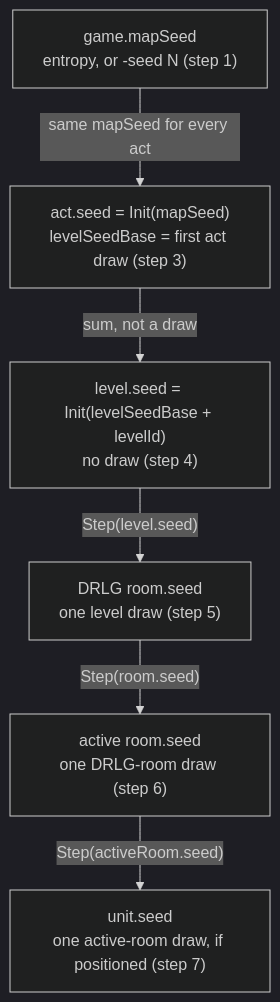
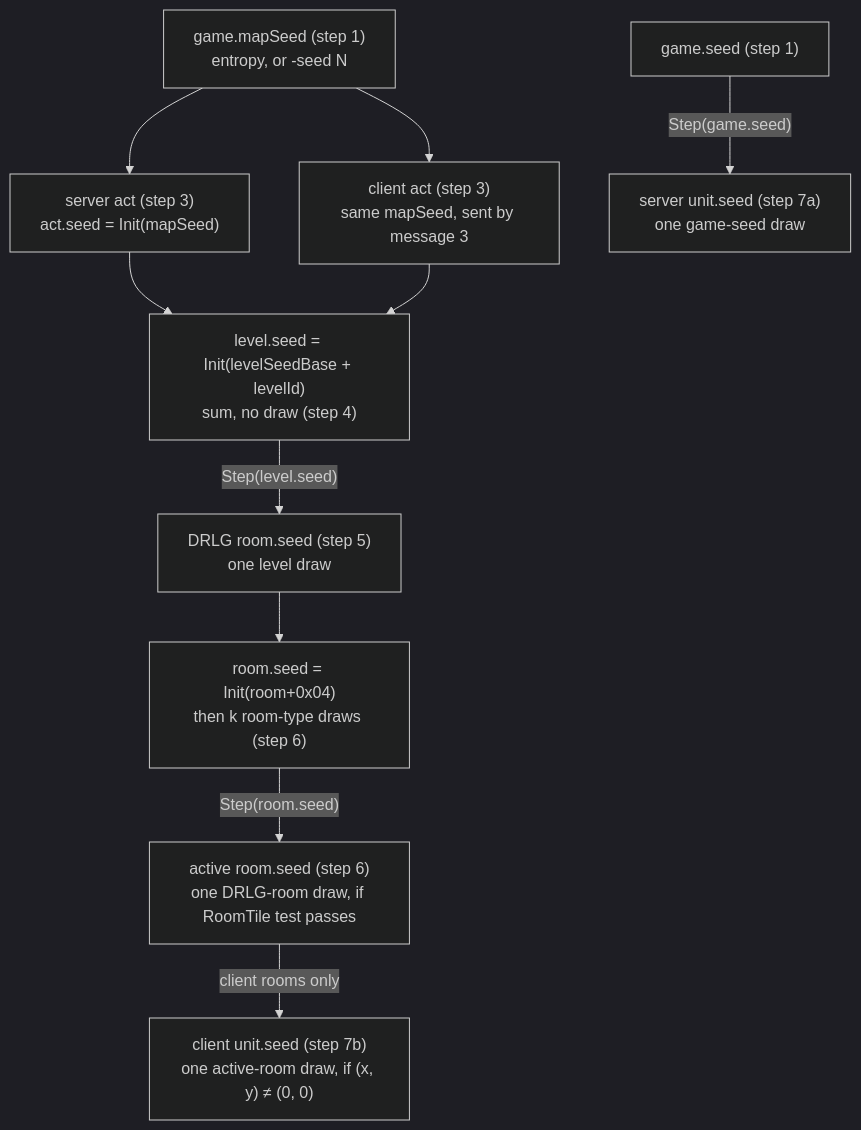
Before and after one commit to IgorKonovalov/diablo-2-recompilation: the diagram in docs/specs/rng/seeds.md, drawn with Mermaid (dark theme). The commit also changed other lines of this file and 4 other files, not shown here.

````diff
--- a/docs/specs/rng/seeds.md
+++ b/docs/specs/rng/seeds.md
@@ -72,14 +83,22 @@
 ```mermaid
 flowchart TD
-    game["game.mapSeed<br/>entropy, or -seed N (step 1)"]
-    act["act.seed = Init(mapSeed)<br/>levelSeedBase = first act draw (step 3)"]
-    lvl["level.seed = Init(levelSeedBase + levelId)<br/>no draw (step 4)"]
-    room["DRLG room.seed<br/>one level draw (step 5)"]
-    aroom["active room.seed<br/>one DRLG-room draw (step 6)"]
-    unit["unit.seed<br/>one active-room draw, if positioned (step 7)"]
-    game -->|"same mapSeed for every act"| act
-    act -->|"sum, not a draw"| lvl
+    game["game.mapSeed (step 1)<br/>entropy, or -seed N"]
+    gseed["game.seed (step 1)"]
+    sact["server act (step 3)<br/>act.seed = Init(mapSeed)"]
+    cact["client act (step 3)<br/>same mapSeed, sent by message 3"]
+    lvl["level.seed = Init(levelSeedBase + levelId)<br/>sum, no draw (step 4)"]
+    room["DRLG room.seed (step 5)<br/>one level draw"]
+    reseed["room.seed = Init(room+0x04)<br/>then k room-type draws (step 6)"]
+    aroom["active room.seed (step 6)<br/>one DRLG-room draw, if RoomTile test passes"]
+    sunit["server unit.seed (step 7a)<br/>one game-seed draw"]
+    cunit["client unit.seed (step 7b)<br/>one active-room draw, if (x, y) ≠ (0, 0)"]
+    game --> sact
+    game --> cact
+    sact --> lvl
+    cact --> lvl
     lvl -->|"Step(level.seed)"| room
-    room -->|"Step(room.seed)"| aroom
-    aroom -->|"Step(activeRoom.seed)"| unit
+    room --> reseed
+    reseed -->|"Step(room.seed)"| aroom
+    aroom -->|"client rooms only"| cunit
+    gseed -->|"Step(game.seed)"| sunit
 ```
````
